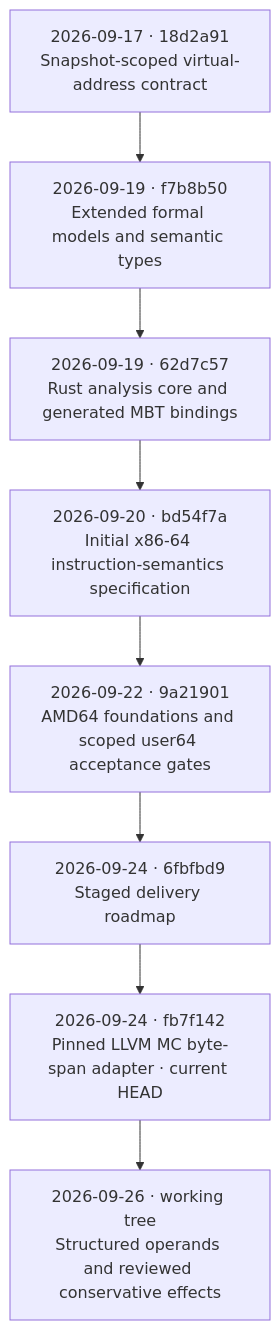
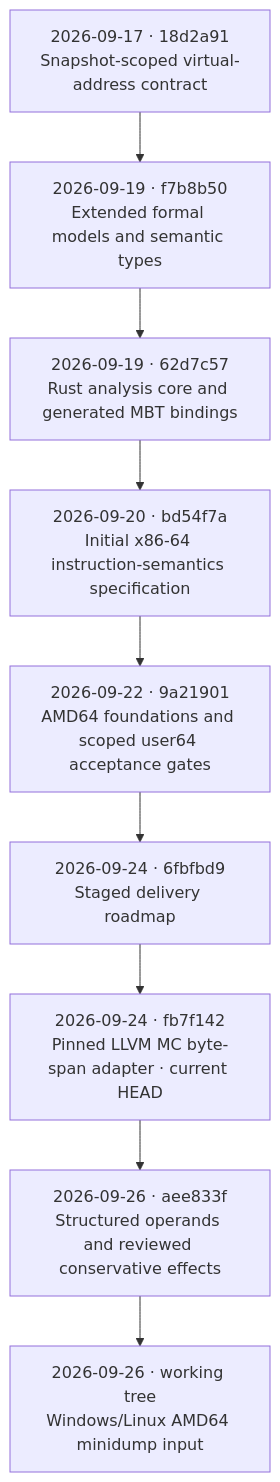
Before and after one commit to NzSN/Ariadne: the first of 2 diagrams in CHECKPOINTS.md, drawn with Mermaid. The commit also changed other lines of this file and 33 other files, not shown here.

Commit message:
feat: add Windows and Linux AMD64 minidump input

````diff
--- a/CHECKPOINTS.md
+++ b/CHECKPOINTS.md
@@ -7,12 +7,13 @@
 ```mermaid
 flowchart TD
     A["2026-09-17 · 18d2a91<br/>Snapshot-scoped virtual-address contract"]
     B["2026-09-19 · f7b8b50<br/>Extended formal models and semantic types"]
     C["2026-09-19 · 62d7c57<br/>Rust analysis core and generated MBT bindings"]
     D["2026-09-20 · bd54f7a<br/>Initial x86-64 instruction-semantics specification"]
     E["2026-09-22 · 9a21901<br/>AMD64 foundations and scoped user64 acceptance gates"]
     F["2026-09-24 · 6fbfbd9<br/>Staged delivery roadmap"]
     G["2026-09-24 · fb7f142<br/>Pinned LLVM MC byte-span adapter · current HEAD"]
-    H["2026-09-26 · working tree<br/>Structured operands and reviewed conservative effects"]
-    A --> B --> C --> D --> E --> F --> G --> H
+    H["2026-09-26 · aee833f<br/>Structured operands and reviewed conservative effects"]
+    I["2026-09-26 · working tree<br/>Windows/Linux AMD64 minidump input"]
+    A --> B --> C --> D --> E --> F --> G --> H --> I
 ```
````
